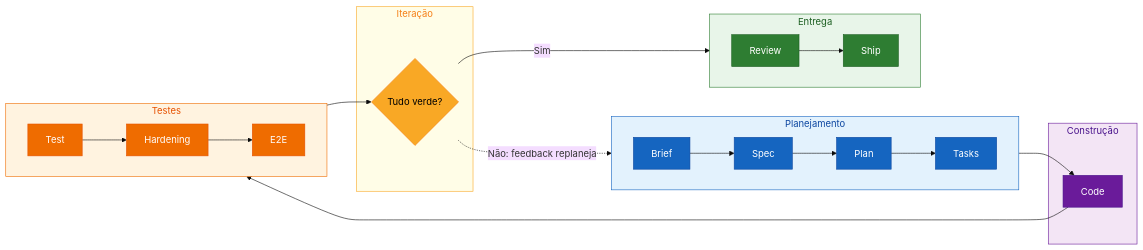
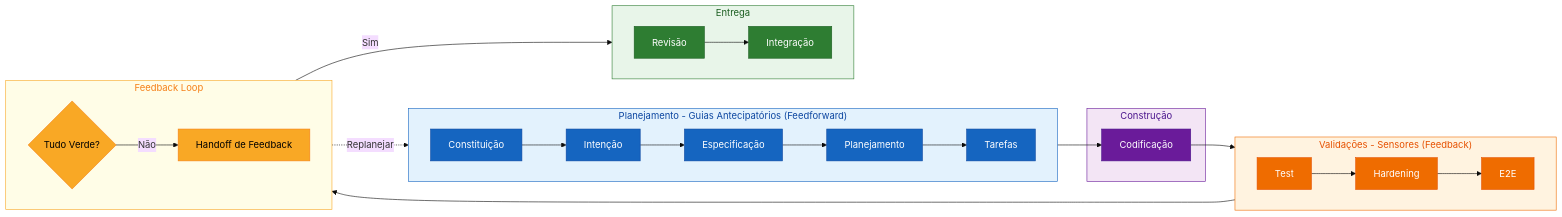
The diagram in README.md (dev-pods/start-with-spec-driven-development), drawn with Mermaid (base theme) before and after one commit. The commit also changed other lines of this file and 47 other files, not shown here.

````diff
--- a/README.md
+++ b/README.md
@@ -22,48 +36,50 @@
 ```mermaid
 flowchart LR
-    subgraph planejamento["Planejamento"]
+    subgraph orientacao["Planejamento - Guias Antecipatórios (Feedforward)"]
         direction LR
-        A[Brief] --> B[Spec] --> C[Plan] --> D[Tasks]
+        Z[Constituição] --> A[Intenção] --> B[Especificação] --> C[Planejamento] --> D[Tarefas]
     end
 
     subgraph construcao["Construção"]
-        E[Code]
+        E[Codificação]
     end
 
-    subgraph testes["Testes"]
+    subgraph testes["Validações - Sensores (Feedback)"]
         direction LR
         F[Test] --> G[Hardening] --> H[E2E]
     end
 
-    subgraph iteracao["Iteração"]
-        K{Tudo verde?}
+    subgraph iteracao["Feedback Loop"]
+        direction LR
+        K{Tudo Verde?} -->|Não| L["Handoff de Feedback"]
     end
 
     subgraph entrega["Entrega"]
         direction LR
-        I[Review] --> J[Ship]
+        I[Revisão] --> J[Integração]
     end
 
     D --> E --> F
     H --> K
     K -->|Sim| I
-    K -.->|Não: feedback replaneja| C
+    L -.->|Replanejar| C
 
     classDef planning fill:#1565c0,stroke:#0d47a1,color:#ffffff
+    classDef context fill:#455a64,stroke:#263238,color:#ffffff
     classDef build fill:#6a1b9a,stroke:#4a148c,color:#ffffff
     classDef testing fill:#ef6c00,stroke:#e65100,color:#ffffff
     classDef iterate fill:#f9a825,stroke:#f57f17,color:#000000
     classDef release fill:#2e7d32,stroke:#1b5e20,color:#ffffff
 
-    class A,B,C,D planning
+    class Z,A,B,C,D planning
     class E build
     class F,G,H testing
-    class K iterate
+    class K,L iterate
     class I,J release
 
-    style planejamento fill:#e3f2fd,stroke:#1565c0,color:#0d47a1
+    style orientacao fill:#e3f2fd,stroke:#1565c0,color:#0d47a1
     style construcao fill:#f3e5f5,stroke:#6a1b9a,color:#4a148c
     style testes fill:#fff3e0,stroke:#ef6c00,color:#e65100
     style iteracao fill:#fffde7,stroke:#f9a825,color:#f57f17
     style entrega fill:#e8f5e9,stroke:#2e7d32,color:#1b5e20
 ```
````
